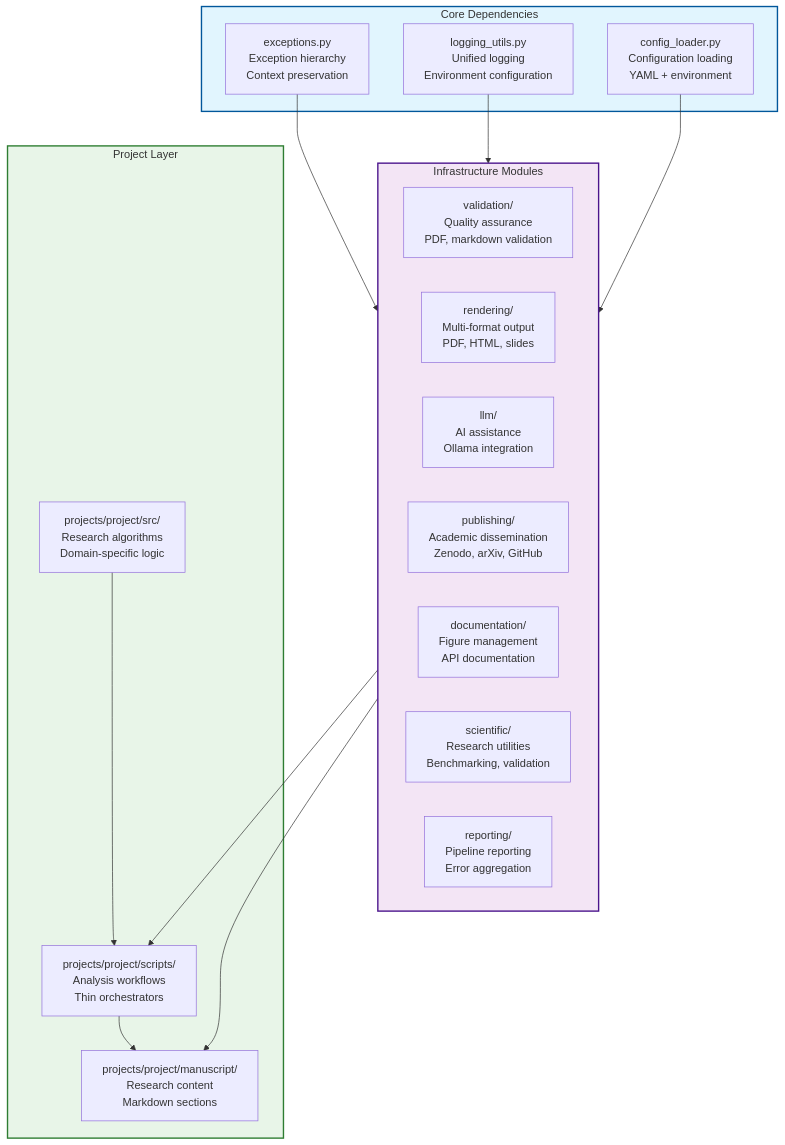
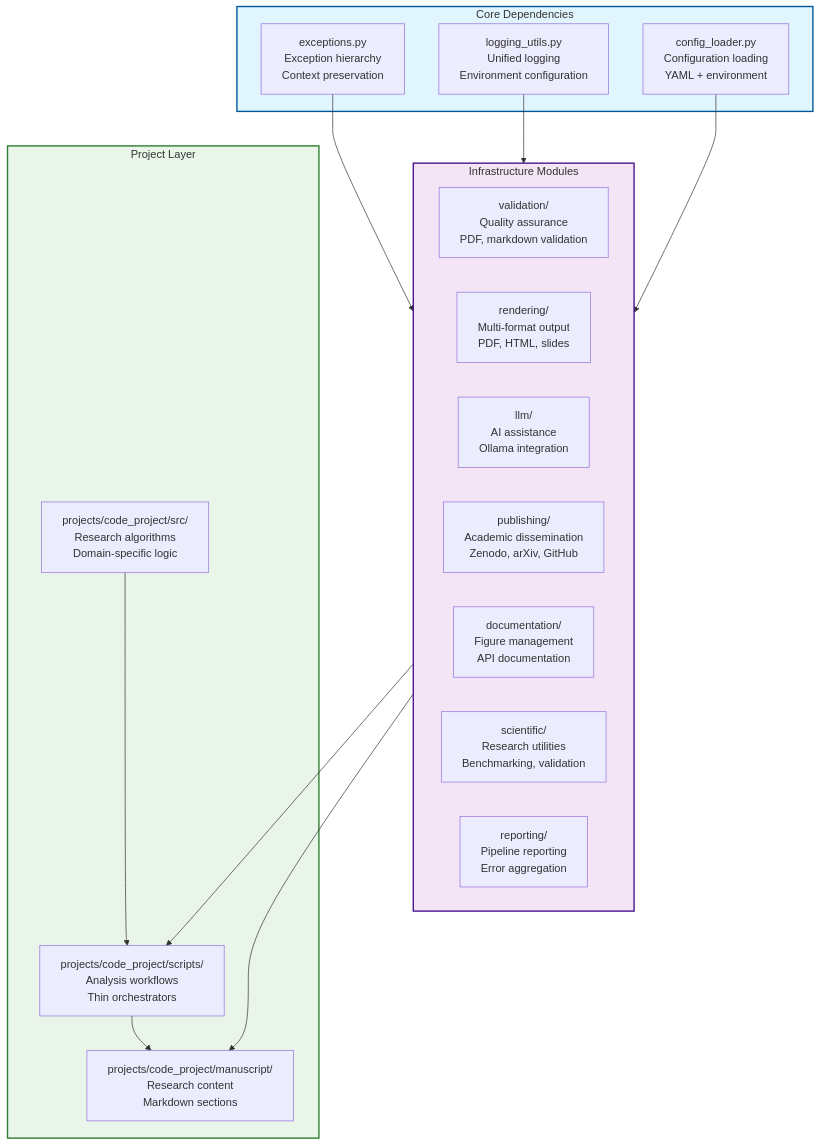
One commit to docxology/template changed the eighth of 14 diagrams in README.md. Above: the diagram before and after it, drawn with Mermaid. The commit also changed other lines of this file and 120 other files, not shown here.

````diff
--- a/README.md
+++ b/README.md
@@ -577,42 +576,42 @@
 ```mermaid
 graph TD
     subgraph CoreDeps["Core Dependencies"]
         EXCEPTIONS[exceptions.py\nException hierarchy\nContext preservation]
         LOGGING[logging_utils.py\nUnified logging\nEnvironment configuration]
         CONFIG[config_loader.py\nConfiguration loading\nYAML + environment]
     end
 
     subgraph InfrastructureModules["Infrastructure Modules"]
         VALIDATION[validation/\nQuality assurance\nPDF, markdown validation]
         RENDERING[rendering/\nMulti-format output\nPDF, HTML, slides]
         LLM[llm/\nAI assistance\nOllama integration]
         PUBLISHING[publishing/\nAcademic dissemination\nZenodo, arXiv, GitHub]
         DOCUMENTATION[documentation/\nFigure management\nAPI documentation]
         SCIENTIFIC[scientific/\nResearch utilities\nBenchmarking, validation]
         REPORTING[reporting/\nPipeline reporting\nError aggregation]
     end
 
     subgraph ProjectLayer["Project Layer"]
-        PROJECT_SRC[projects/project/src/\nResearch algorithms\nDomain-specific logic]
-        PROJECT_SCRIPTS[projects/project/scripts/\nAnalysis workflows\nThin orchestrators]
-        PROJECT_MANUSCRIPT[projects/project/manuscript/\nResearch content\nMarkdown sections]
+        PROJECT_SRC[projects/code_project/src/\nResearch algorithms\nDomain-specific logic]
+        PROJECT_SCRIPTS[projects/code_project/scripts/\nAnalysis workflows\nThin orchestrators]
+        PROJECT_MANUSCRIPT[projects/code_project/manuscript/\nResearch content\nMarkdown sections]
     end
 
     EXCEPTIONS --> InfrastructureModules
     LOGGING --> InfrastructureModules
     CONFIG --> InfrastructureModules
 
     InfrastructureModules --> PROJECT_SCRIPTS
     PROJECT_SRC --> PROJECT_SCRIPTS
 
     PROJECT_SCRIPTS --> PROJECT_MANUSCRIPT
     InfrastructureModules --> PROJECT_MANUSCRIPT
 
     classDef core fill:#e1f5fe,stroke:#01579b,stroke-width:2px
     classDef infra fill:#f3e5f5,stroke:#4a148c,stroke-width:2px
     classDef project fill:#e8f5e8,stroke:#2e7d32,stroke-width:2px
 
     class CoreDeps core
     class InfrastructureModules infra
     class ProjectLayer project
 ```
````
